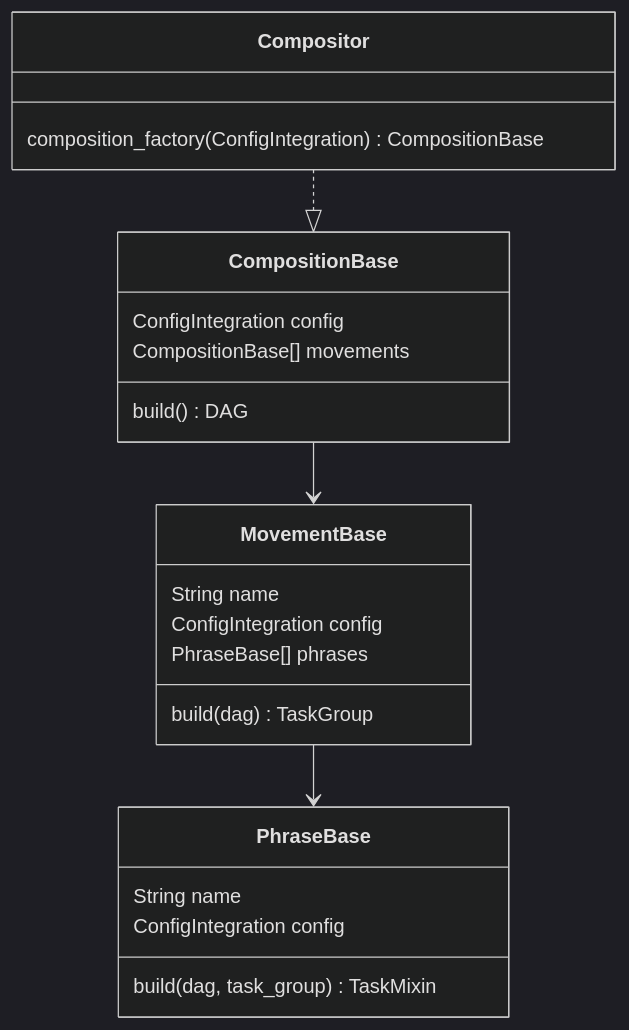
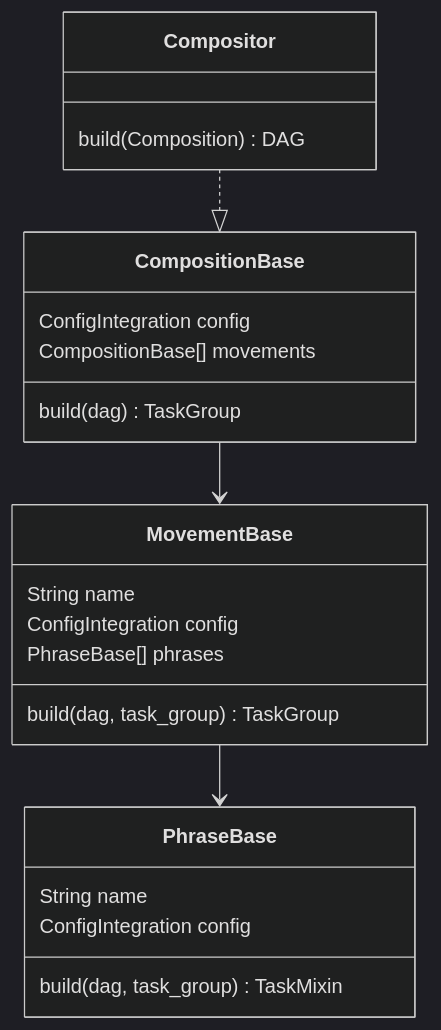
The diagram in README.md (debussy-labs/debussy_concert), drawn with Mermaid (dark theme) before and after one commit.

Commit message:
update on readme class diagram

````diff
--- a/README.md
+++ b/README.md
@@ -6,25 +6,25 @@
 ```mermaid
 classDiagram
 class Compositor {
-    composition_factory(ConfigIntegration) CompositionBase
+    build(Composition) DAG
 }
 class CompositionBase {
     ConfigIntegration config
     CompositionBase[] movements
-    build() DAG
+    build(dag) TaskGroup
 }
 class MovementBase{
     String name
     ConfigIntegration config
     PhraseBase[] phrases
-    build(dag) TaskGroup
+    build(dag, task_group) TaskGroup
 }
 class PhraseBase {
     String name
     ConfigIntegration config
     build(dag, task_group) TaskMixin
 }
 CompositionBase --> MovementBase
 MovementBase --> PhraseBase
 Compositor ..|> CompositionBase
 ```
````
